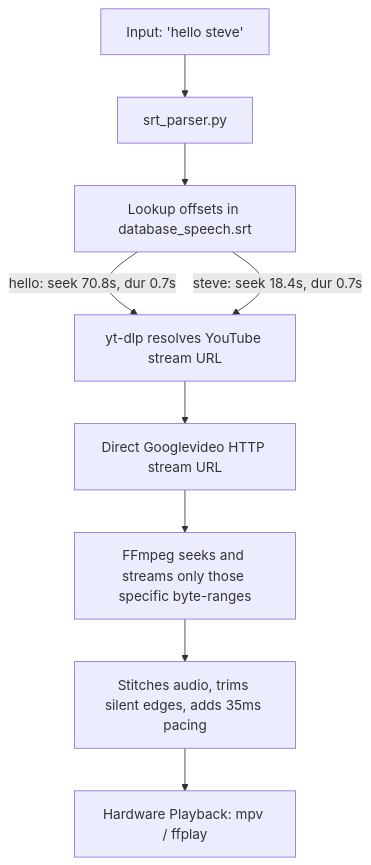
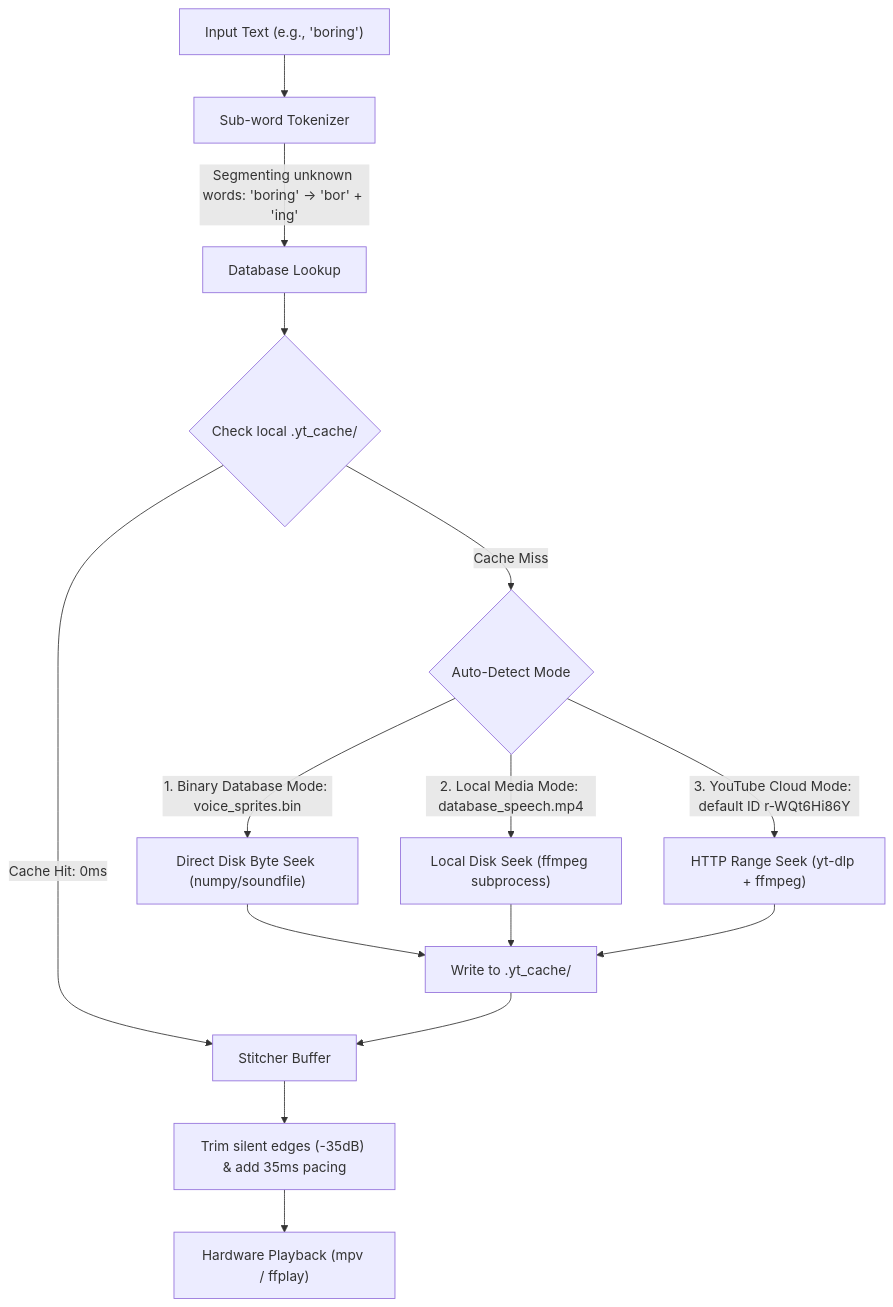
The diagram in README.md (acadiemedia/ytvoice), drawn with Mermaid before and after one commit. The commit also changed other lines of this file, not shown here.

Commit message:
Update README: document multi-mode auto-detect, zero-config fallbacks, cache, sub-word tokenization, and Mermaid diagram

````diff
--- a/README.md
+++ b/README.md
@@ -17,11 +17,21 @@
 ```mermaid
 graph TD
-    Text[Input: 'hello steve'] --> Parser[srt_parser.py]
-    Parser --> Lookup[Lookup offsets in database_speech.srt]
-    Lookup -->|hello: seek 70.8s, dur 0.7s| yt_dlp[yt-dlp resolves YouTube stream URL]
-    Lookup -->|steve: seek 18.4s, dur 0.7s| yt_dlp
-    yt_dlp --> Stream[Direct Googlevideo HTTP stream URL]
-    Stream --> FFmpeg[FFmpeg seeks and streams only those specific byte-ranges]
-    FFmpeg --> Stitcher[Stitches audio, trims silent edges, adds 35ms pacing]
-    Stitcher --> Speaker[Hardware Playback: mpv / ffplay]
+    Text["Input Text (e.g., 'boring')"] --> Tokenizer["Sub-word Tokenizer"]
+    Tokenizer -->|"Segmenting unknown words: 'boring' -> 'bor' + 'ing'"| Lookup["Database Lookup"]
+    Lookup --> CacheCheck{"Check local .yt_cache/"}
+    
+    CacheCheck -->|Cache Hit: 0ms| Stitcher["Stitcher Buffer"]
+    CacheCheck -->|Cache Miss| ModeDetect{"Auto-Detect Mode"}
+    
+    ModeDetect -->|1. Binary Database Mode: voice_sprites.bin| DiskSeek["Direct Disk Byte Seek (numpy/soundfile)"]
+    ModeDetect -->|2. Local Media Mode: database_speech.mp4| LocalFFmpeg["Local Disk Seek (ffmpeg subprocess)"]
+    ModeDetect -->|3. YouTube Cloud Mode: default ID r-WQt6Hi86Y| RemoteFFmpeg["HTTP Range Seek (yt-dlp + ffmpeg)"]
+    
+    DiskSeek --> WriteCache["Write to .yt_cache/"]
+    LocalFFmpeg --> WriteCache
+    RemoteFFmpeg --> WriteCache
+    
+    WriteCache --> Stitcher
+    Stitcher --> Cleanup["Trim silent edges (-35dB) & add 35ms pacing"]
+    Cleanup --> Playback["Hardware Playback (mpv / ffplay)"]
 ```
````
